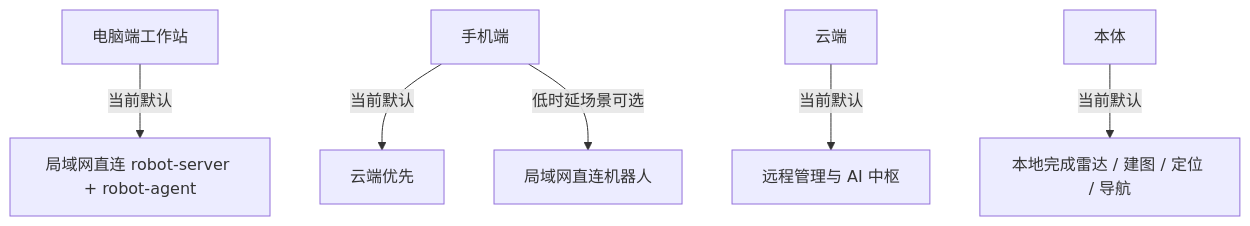
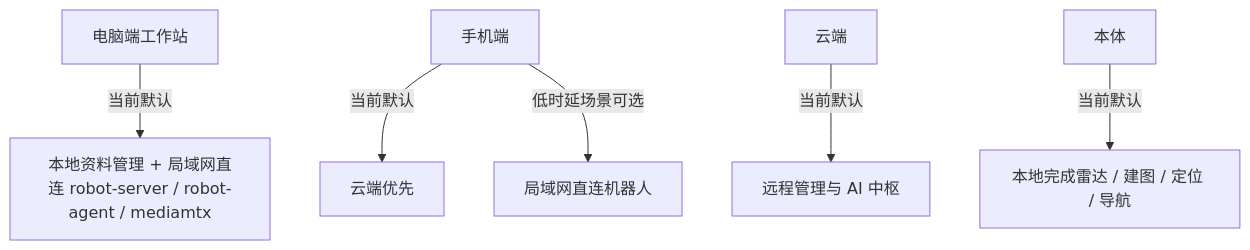
One commit to sakurakugu/robot-system changed the eighth of 8 diagrams in docs/4. 全端链路流程图.md. Above: the diagram before and after it, drawn with Mermaid. The commit also changed other lines of this file and 1 other file, not shown here.

First line of the commit message:
docs: 更新TODO和全端链路流程图文档

````diff
--- a/docs/4. 全端链路流程图.md
+++ b/docs/4. 全端链路流程图.md
@@ -196,8 +259,8 @@
 ```mermaid
 flowchart TD
-  A[电脑端工作站] -->|当前默认| B[局域网直连 robot-server + robot-agent]
+  A[电脑端工作站] -->|当前默认| B[本地资料管理 + 局域网直连 robot-server / robot-agent / mediamtx]
   C[手机端] -->|当前默认| D[云端优先]
   C -->|低时延场景可选| E[局域网直连机器人]
   F[云端] -->|当前默认| G[远程管理与 AI 中枢]
   H[本体] -->|当前默认| I[本地完成雷达 / 建图 / 定位 / 导航]
 ```
````
